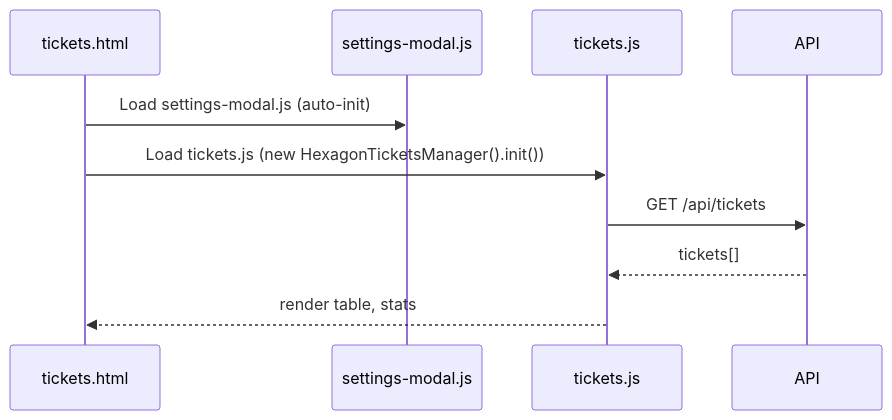
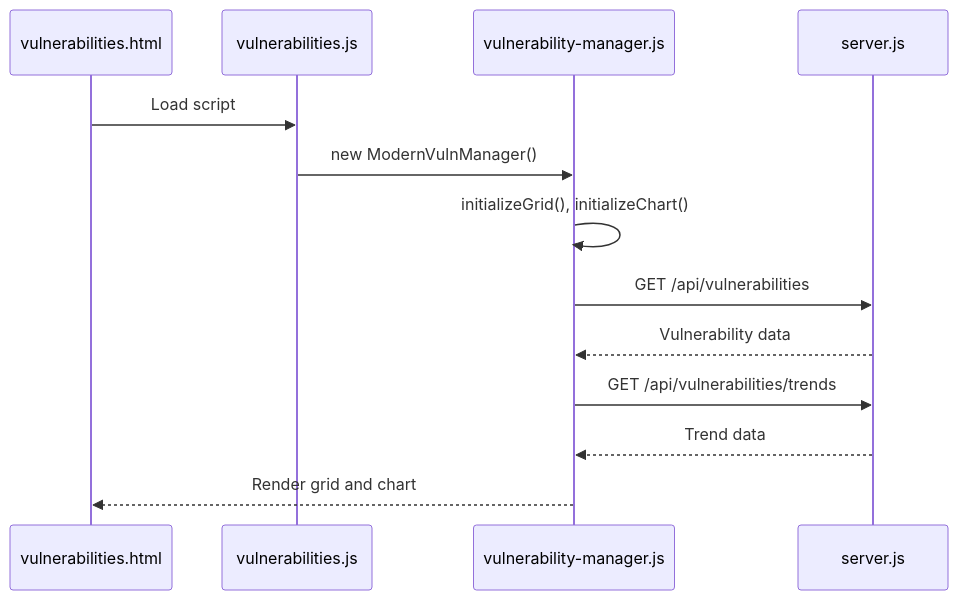
One commit to Lonnie-Bruton/HexTrackr changed the diagram in docs-source/architecture/frontend.md. Above: the diagram before and after it, drawn with Mermaid. The commit also changed other lines of this file and 62 other files, not shown here.

````diff
--- a/docs-source/architecture/frontend.md
+++ b/docs-source/architecture/frontend.md
@@ -45,11 +59,16 @@
 ```mermaid
 sequenceDiagram
-    participant Page as tickets.html
-    participant Shared as settings-modal.js
-    participant Module as tickets.js
-    Page->>Shared: Load settings-modal.js (auto-init)
-    Page->>Module: Load tickets.js (new HexagonTicketsManager().init())
-    Module->>API: GET /api/tickets
-    API-->>Module: tickets[]
-    Module-->>Page: render table, stats
+    participant Page as vulnerabilities.html
+    participant Loader as vulnerabilities.js
+    participant Manager as vulnerability-manager.js
+    participant API as server.js
+
+    Page->>Loader: Load script
+    Loader->>Manager: new ModernVulnManager()
+    Manager->>Manager: initializeGrid(), initializeChart()
+    Manager->>API: GET /api/vulnerabilities
+    API-->>Manager: Vulnerability data
+    Manager->>API: GET /api/vulnerabilities/trends
+    API-->>Manager: Trend data
+    Manager-->>Page: Render grid and chart
 ```
````
